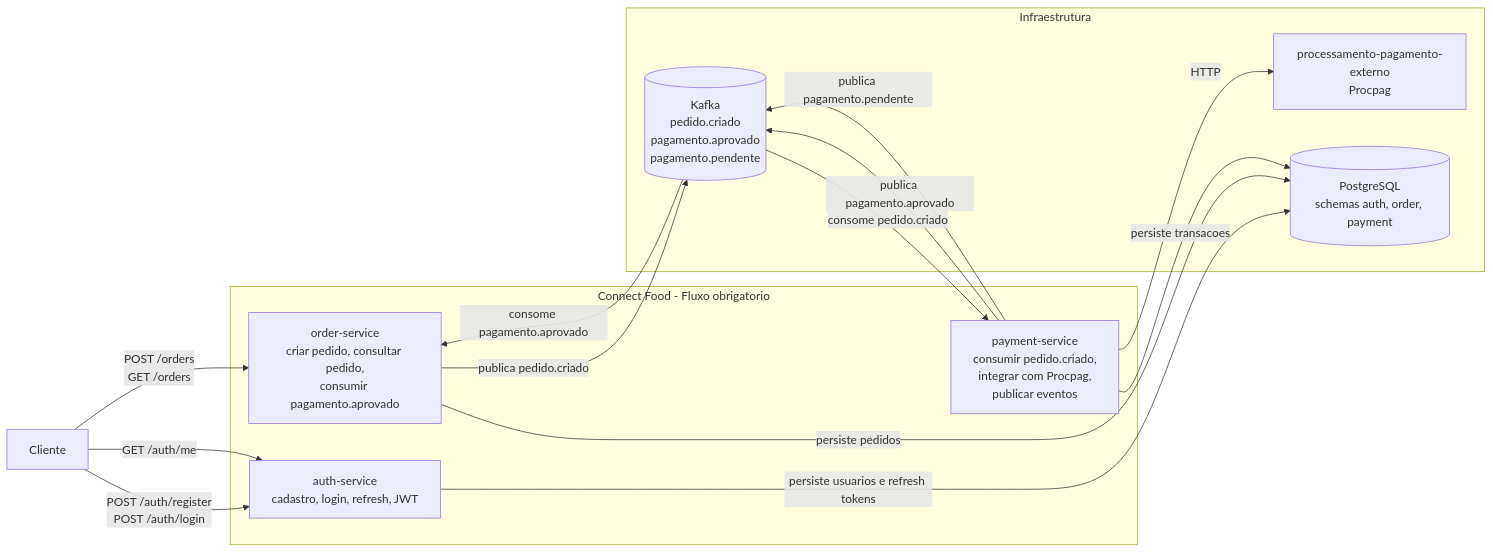
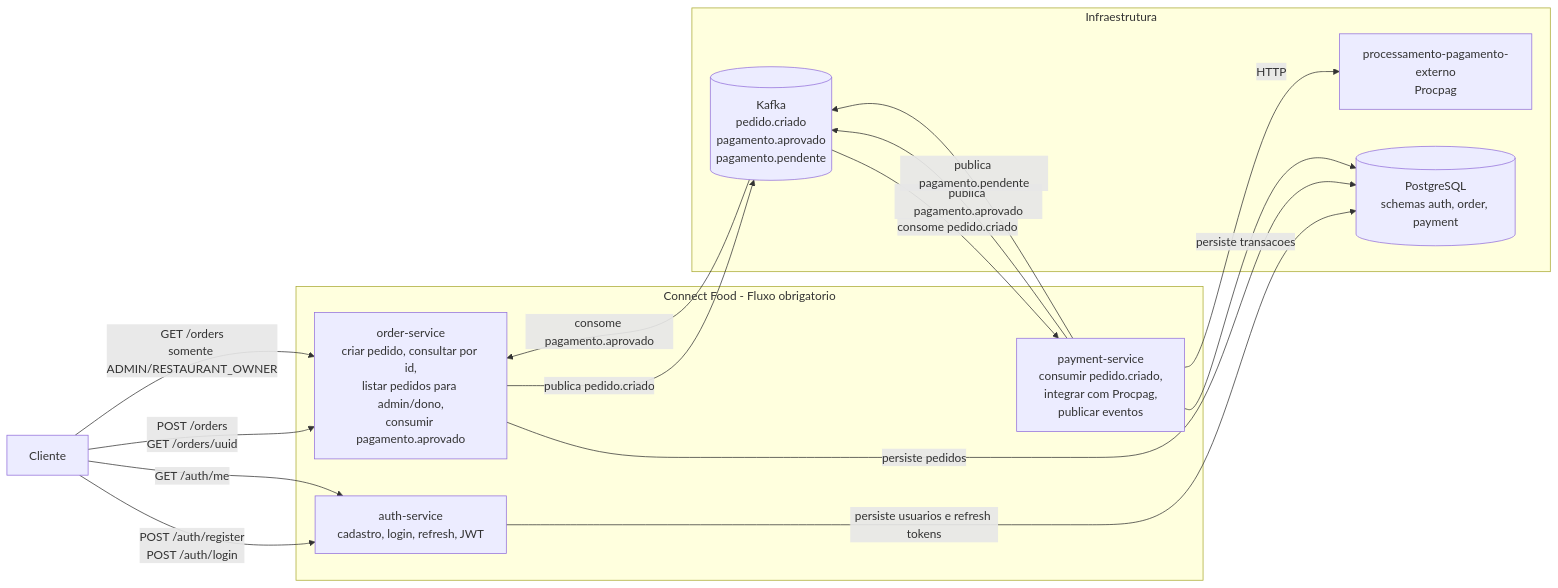
The diagram in docs/diagramas/arquitetura-obrigatoria.md (connectFood/adjt-fase3-connect-food), drawn with Mermaid before and after one commit. The commit also changed 6 other files, not shown here.

````diff
--- a/docs/diagramas/arquitetura-obrigatoria.md
+++ b/docs/diagramas/arquitetura-obrigatoria.md
@@ -5,32 +5,33 @@
 ```mermaid
 flowchart LR
     cliente[Cliente]
 
     subgraph Plataforma["Connect Food - Fluxo obrigatorio"]
         auth[auth-service<br/>cadastro, login, refresh, JWT]
-        order[order-service<br/>criar pedido, consultar pedido,<br/>consumir pagamento.aprovado]
+        order[order-service<br/>criar pedido, consultar por id,<br/>listar pedidos para admin/dono,<br/>consumir pagamento.aprovado]
         payment[payment-service<br/>consumir pedido.criado,<br/>integrar com Procpag,<br/>publicar eventos]
     end
 
     subgraph Infra["Infraestrutura"]
         postgres[(PostgreSQL<br/>schemas auth, order, payment)]
         kafka[(Kafka<br/>pedido.criado<br/>pagamento.aprovado<br/>pagamento.pendente)]
         procpag[processamento-pagamento-externo<br/>Procpag]
     end
 
     cliente -->|POST /auth/register<br/>POST /auth/login| auth
     cliente -->|GET /auth/me| auth
-    cliente -->|POST /orders<br/>GET /orders| order
+    cliente -->|POST /orders<br/>GET /orders/uuid| order
+    cliente -->|GET /orders<br/>somente ADMIN/RESTAURANT_OWNER| order
 
     auth -->|persiste usuarios e refresh tokens| postgres
     order -->|persiste pedidos| postgres
     payment -->|persiste transacoes| postgres
 
     order -->|publica pedido.criado| kafka
     kafka -->|consome pedido.criado| payment
     payment -->|publica pagamento.aprovado| kafka
     payment -->|publica pagamento.pendente| kafka
     kafka -->|consome pagamento.aprovado| order
 
     payment -->|HTTP| procpag
 ```
````
